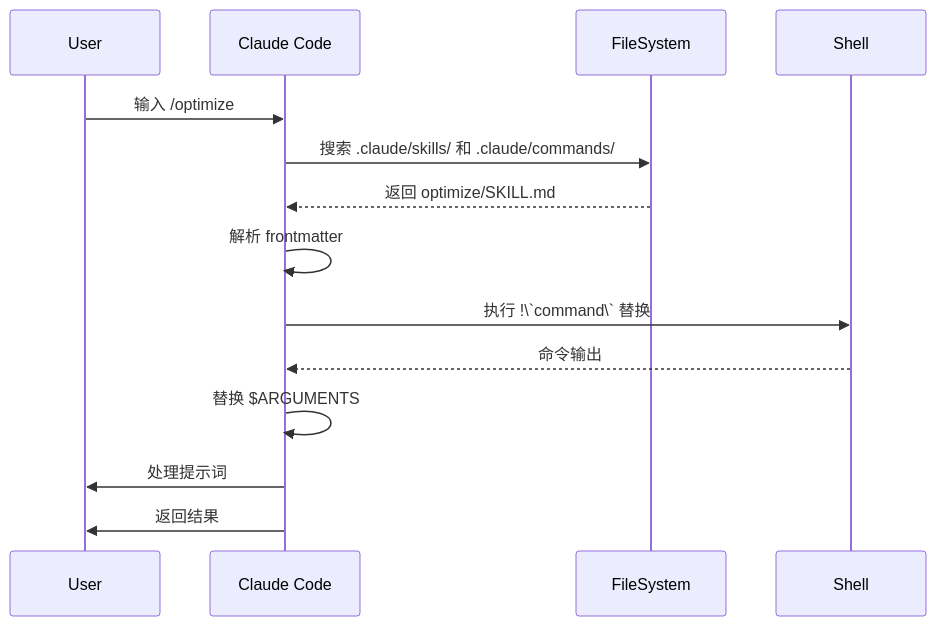
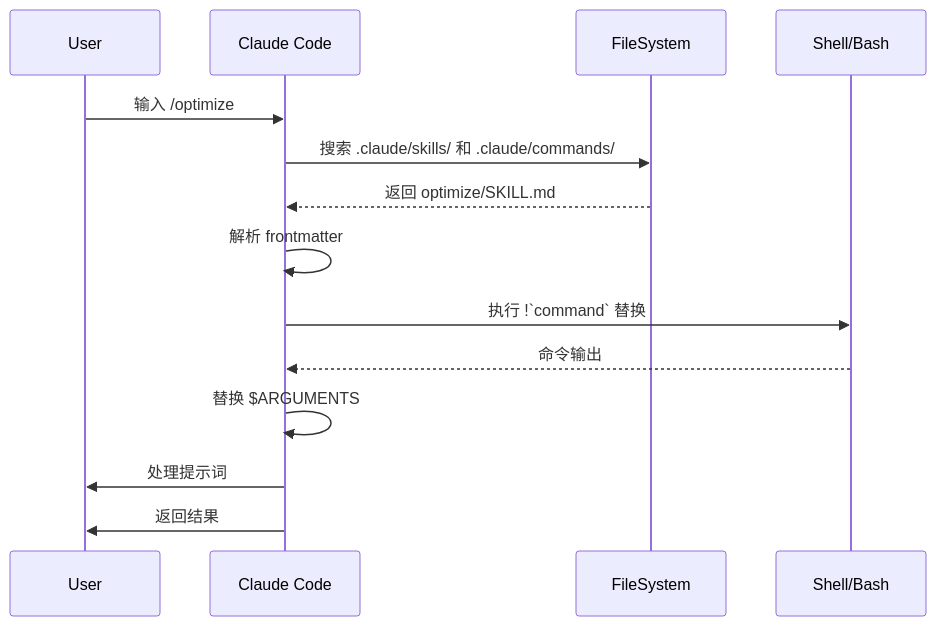
One commit to Rx782-Fss/claude-howto-zh changed the second of 2 diagrams in 01-slash-commands/README.md. Above: the diagram before and after it, drawn with Mermaid. The commit also changed other lines of this file and 104 other files, not shown here.

````diff
--- a/01-slash-commands/README.md
+++ b/01-slash-commands/README.md
@@ -315,17 +315,17 @@
 ```mermaid
 sequenceDiagram
     participant User
     participant Claude as Claude Code
     participant FS as FileSystem
-    participant CLI as Shell
+    participant CLI as Shell/Bash
 
     User->>Claude: 输入 /optimize
     Claude->>FS: 搜索 .claude/skills/ 和 .claude/commands/
     FS-->>Claude: 返回 optimize/SKILL.md
     Claude->>Claude: 解析 frontmatter
-    Claude->>CLI: 执行 !\`command\` 替换
+    Claude->>CLI: 执行 !`command` 替换
     CLI-->>Claude: 命令输出
     Claude->>Claude: 替换 $ARGUMENTS
     Claude->>User: 处理提示词
     Claude->>User: 返回结果
 ```
````
